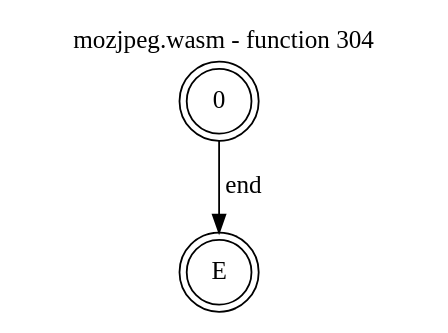
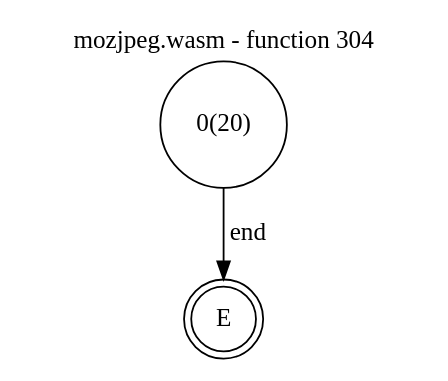
One commit to jsCarleton/wanalyze changed the diagram in test_cases/mozjpeg/funcs/mozjpeg-func304.dot. Above: the diagram before and after it, drawn with Graphviz. The commit also changed 592 other files, not shown here.

```diff
--- a/test_cases/mozjpeg/funcs/mozjpeg-func304.dot
+++ b/test_cases/mozjpeg/funcs/mozjpeg-func304.dot
@@ -1,10 +1,11 @@
 digraph finite_state_machine {
     label = "mozjpeg.wasm - function 304"
     labelloc =  t
     labelfontsize = 16
     labelfontcolor = black
     labelfontname = "Helvetica"
-    node [shape = doublecircle]; 0 E ;
-    node [shape = circle];
+    node [shape = doublecircle]; E ;
+node [shape=circle, fontcolor=black, style="", label="0(20)"]0
+node [shape=circle, fontcolor=black, style="", label="E"]E
     0 -> E[label="end"];
 }
```
